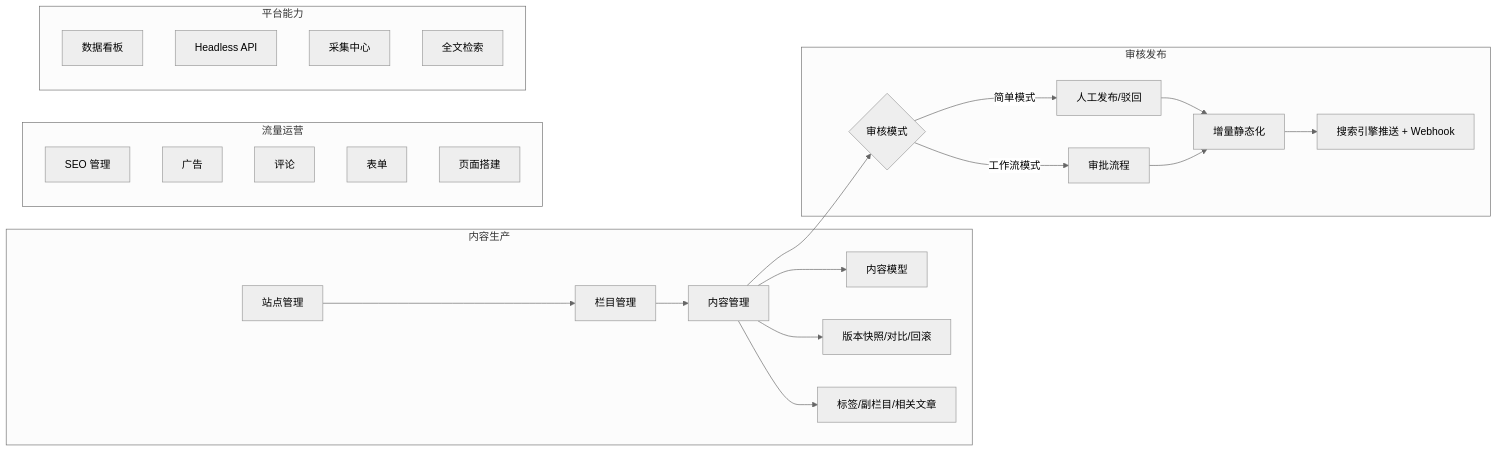
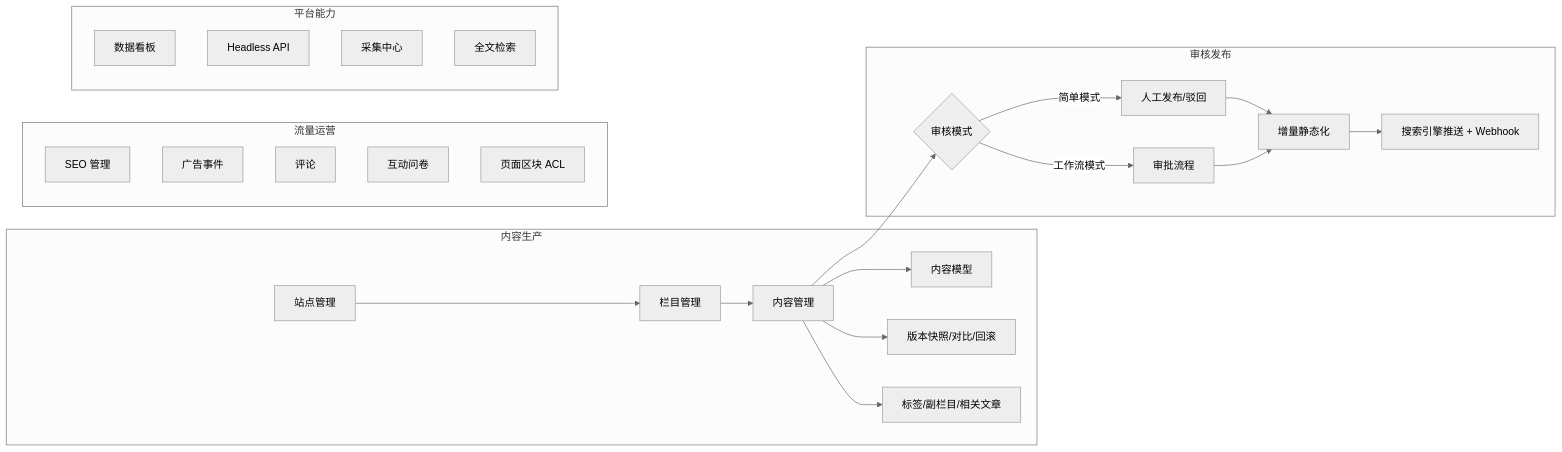
Before and after one commit to iwangbowen/zenith-admin: the diagram in docs/cms/index.md, drawn with Mermaid (neutral theme). The commit also changed other lines of this file and 105 other files, not shown here.

````diff
--- a/docs/cms/index.md
+++ b/docs/cms/index.md
@@ -7,23 +7,23 @@
 ```mermaid
 graph LR
     subgraph 内容生产
         A[站点管理] --> B[栏目管理]
         B --> C[内容管理]
         C --> C1[内容模型]
         C --> C2[版本快照/对比/回滚]
         C --> C3[标签/副栏目/相关文章]
     end
     subgraph 审核发布
         C --> D{审核模式}
         D -->|简单模式| D1[人工发布/驳回]
         D -->|工作流模式| D2[审批流程]
         D1 & D2 --> E[增量静态化]
         E --> F[搜索引擎推送 + Webhook]
     end
     subgraph 流量运营
-        G[SEO 管理] & H[广告] & I[评论] & J[表单] & K[页面搭建]
+        G[SEO 管理] & H[广告事件] & I[评论] & J[互动问卷] & K[页面区块 ACL]
     end
     subgraph 平台能力
         L[数据看板] & M[Headless API] & N[采集中心] & O[全文检索]
     end
 ```
````
